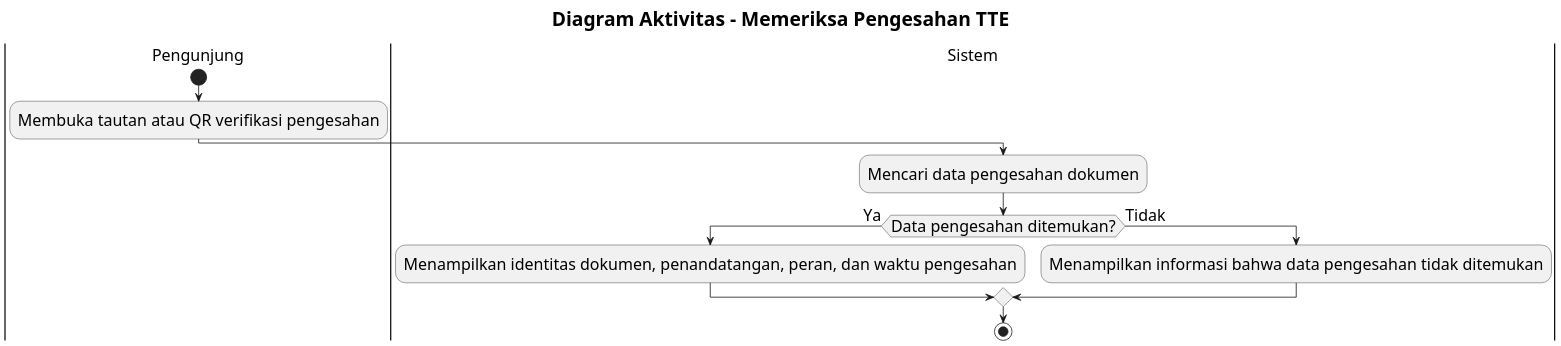
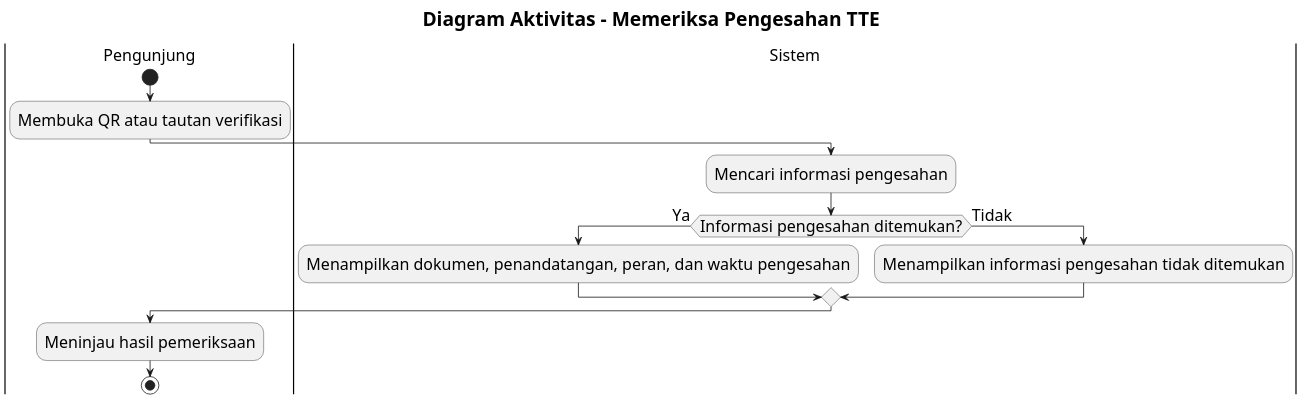
The diagram in docs/activity-diagram/lampiran/pengunjung-memeriksa-pengesahan-tte.md (howlil/sop-generate-app), drawn with PlantUML before and after one commit. The commit also changed other lines of this file and 20 other files, not shown here.

Commit message:
docs(activity): simplify flows to business-level design

````diff
--- a/docs/activity-diagram/lampiran/pengunjung-memeriksa-pengesahan-tte.md
+++ b/docs/activity-diagram/lampiran/pengunjung-memeriksa-pengesahan-tte.md
@@ -16,25 +16,28 @@
 ```plantuml
 @startuml
 skinparam defaultFontSize 20
 skinparam titleFontSize 24
 skinparam dpi 160
 
 title Diagram Aktivitas - Memeriksa Pengesahan TTE
 
 |Pengunjung|
 start
-:Membuka tautan atau QR verifikasi pengesahan;
+:Membuka QR atau tautan verifikasi;
 
 |Sistem|
-:Mencari data pengesahan dokumen;
+:Mencari informasi pengesahan;
 
-if (Data pengesahan ditemukan?) then (Ya)
-  :Menampilkan identitas dokumen, penandatangan, peran, dan waktu pengesahan;
+if (Informasi pengesahan ditemukan?) then (Ya)
+  :Menampilkan dokumen, penandatangan, peran, dan waktu pengesahan;
 else (Tidak)
-  :Menampilkan informasi bahwa data pengesahan tidak ditemukan;
+  :Menampilkan informasi pengesahan tidak ditemukan;
 endif
+
+|Pengunjung|
+:Meninjau hasil pemeriksaan;
 
 stop
 
 @enduml
 ```
````
